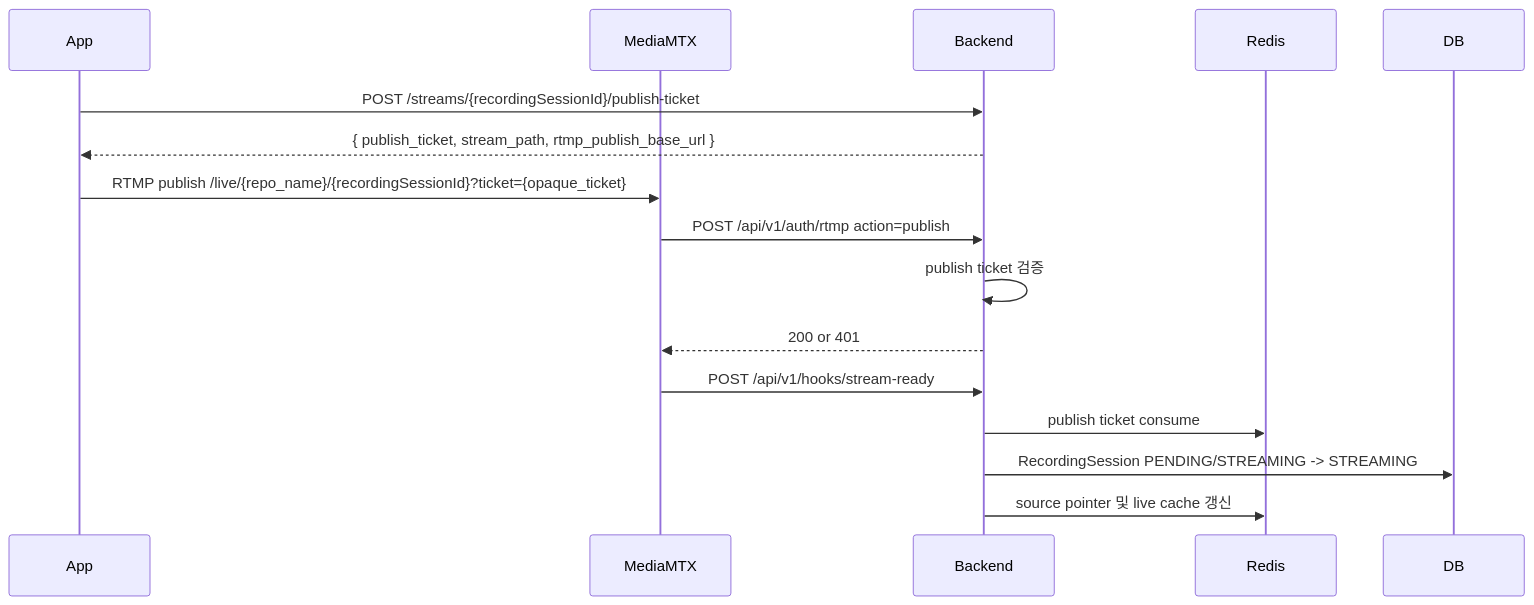
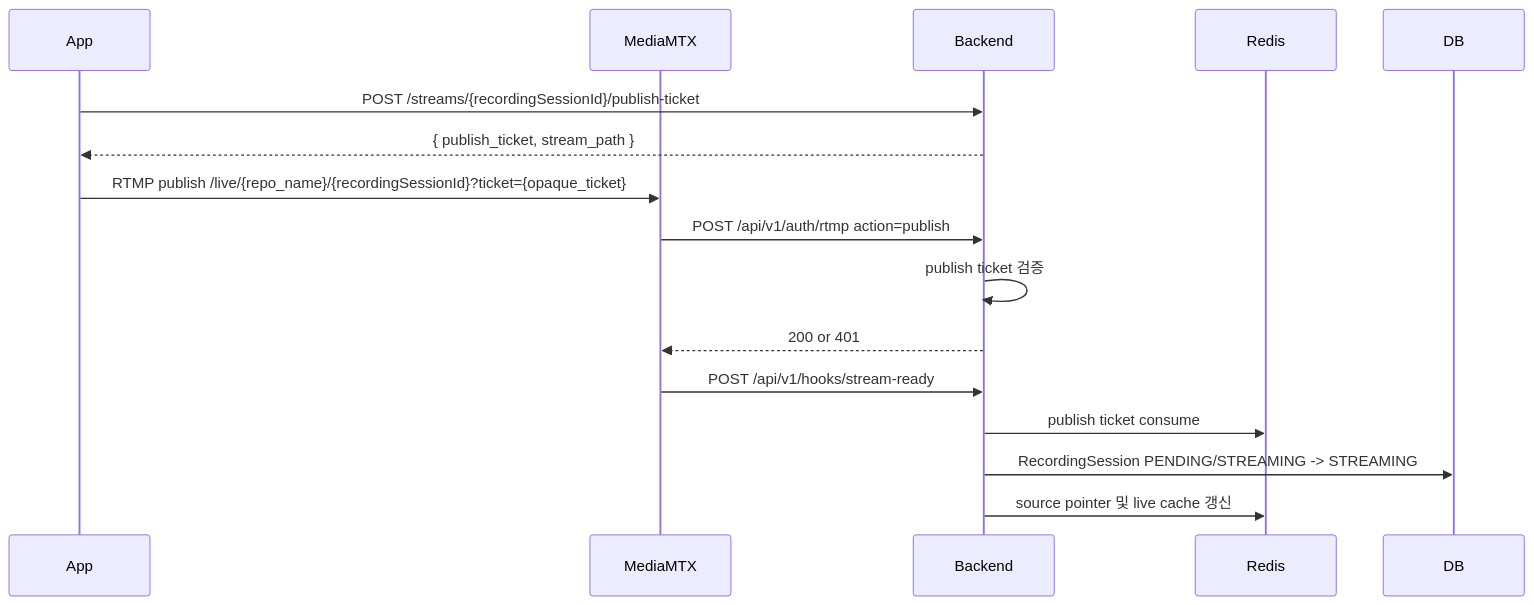
One commit to ego-flow/ego-flow-server changed the third of 7 diagrams in docs/09. project_streaming.md. Above: the diagram before and after it, drawn with Mermaid. The commit also changed other lines of this file and 25 other files, not shown here.

Commit message:
[Backend] Publish ticket 환경 변수 단순화

````diff
--- a/docs/09. project_streaming.md
+++ b/docs/09. project_streaming.md
@@ -188,18 +185,18 @@
 ```mermaid
 sequenceDiagram
     participant App
     participant MTX as MediaMTX
     participant BE as Backend
     participant Redis
 
     App->>BE: POST /streams/{recordingSessionId}/publish-ticket
-    BE-->>App: { publish_ticket, stream_path, rtmp_publish_base_url }
+    BE-->>App: { publish_ticket, stream_path }
     App->>MTX: RTMP publish /live/{repo_name}/{recordingSessionId}?ticket={opaque_ticket}
     MTX->>BE: POST /api/v1/auth/rtmp action=publish
     BE->>BE: publish ticket 검증
     BE-->>MTX: 200 or 401
     MTX->>BE: POST /api/v1/hooks/stream-ready
     BE->>Redis: publish ticket consume
     BE->>DB: RecordingSession PENDING/STREAMING -> STREAMING
     BE->>Redis: source pointer 및 live cache 갱신
 ```
````
